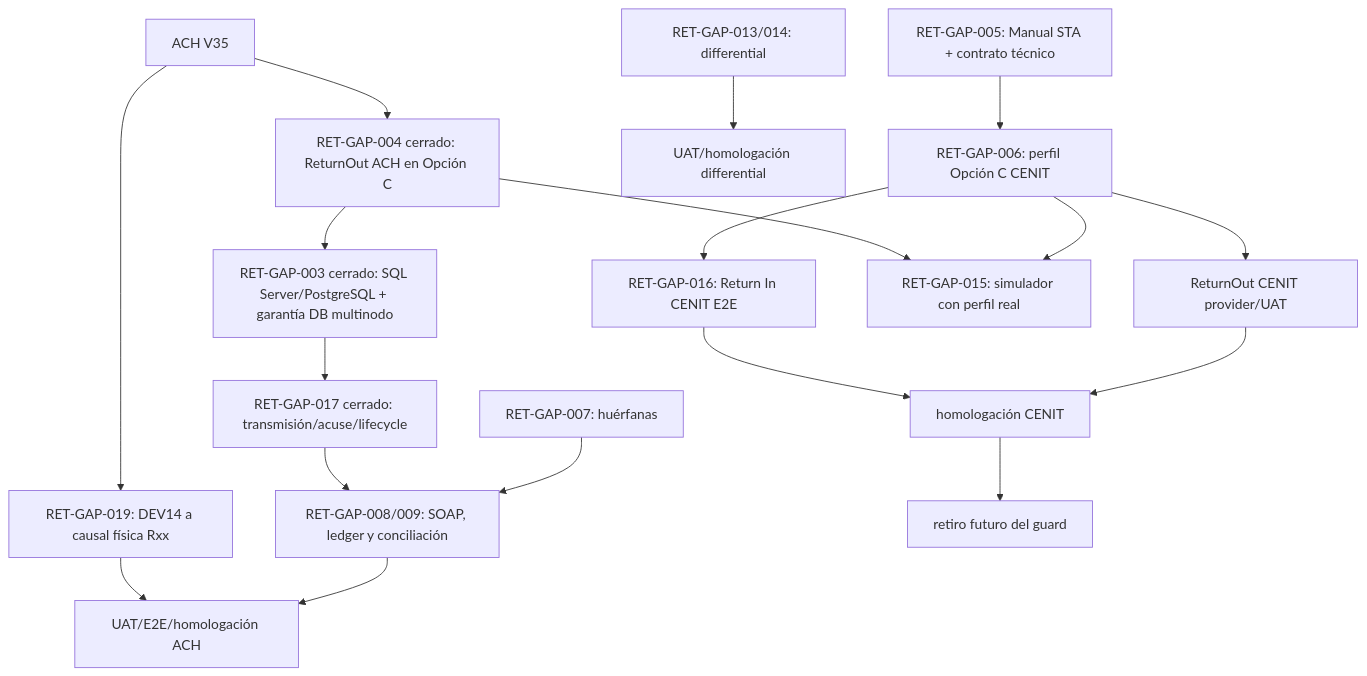
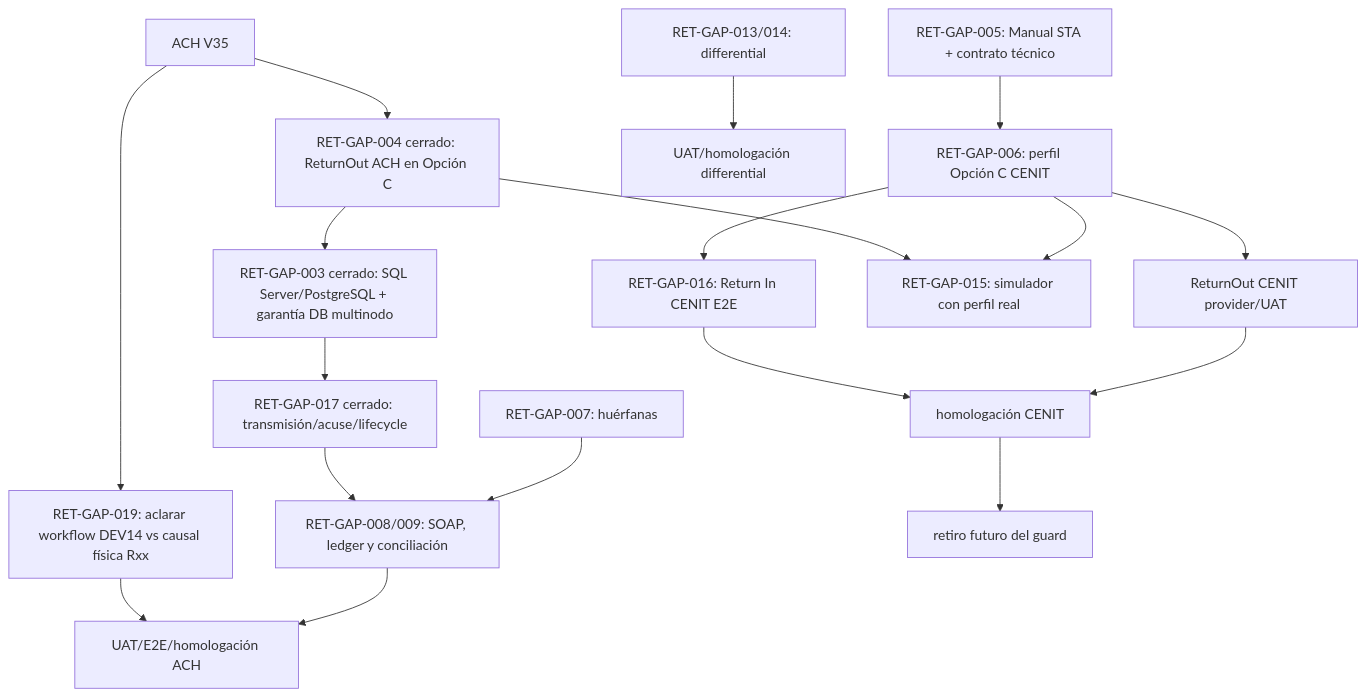
The diagram in docs/returns/MAPA_MAESTRO_BRECHAS_DEVOLUCIONES.md (szapata85/ACHInterbank), drawn with Mermaid before and after one commit. The commit also changed other lines of this file and 1 other file, not shown here.

Commit message:
docs(memory): refine RET-GAP-019 normative interpretation

````diff
--- a/docs/returns/MAPA_MAESTRO_BRECHAS_DEVOLUCIONES.md
+++ b/docs/returns/MAPA_MAESTRO_BRECHAS_DEVOLUCIONES.md
@@ -358,22 +358,22 @@
 ```mermaid
 flowchart TD
   V35[ACH V35] --> AOP[RET-GAP-004 cerrado: ReturnOut ACH en Opción C]
   AOP --> APROV[RET-GAP-003 cerrado: SQL Server/PostgreSQL + garantía DB multinodo]
-  V35 --> ACAUSE[RET-GAP-019: DEV14 a causal física Rxx]
+  V35 --> ACAUSE[RET-GAP-019: aclarar workflow DEV14 vs causal física Rxx]
   ACAUSE --> AUAT
   APROV --> AACK[RET-GAP-017 cerrado: transmisión/acuse/lifecycle]
   AACK --> RECON[RET-GAP-008/009: SOAP, ledger y conciliación]
   RECON --> AUAT[UAT/E2E/homologación ACH]
 
   STA[RET-GAP-005: Manual STA + contrato técnico] --> CPROF[RET-GAP-006: perfil Opción C CENIT]
   CPROF --> CIN[RET-GAP-016: Return In CENIT E2E]
   CPROF --> COUT[ReturnOut CENIT provider/UAT]
   CIN --> CHOM[homologación CENIT]
   COUT --> CHOM
   CHOM --> UNBLOCK[retiro futuro del guard]
 
   ORPH[RET-GAP-007: huérfanas] --> RECON
   DIFF[RET-GAP-013/014: differential] --> DUAT[UAT/homologación differential]
   AOP --> SIM[RET-GAP-015: simulador con perfil real]
   CPROF --> SIM
 ```
````
